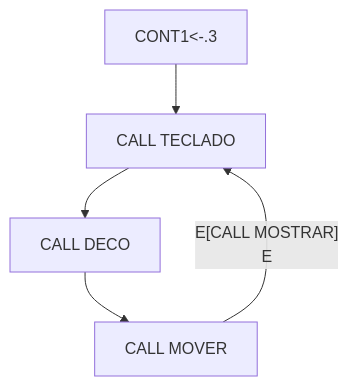
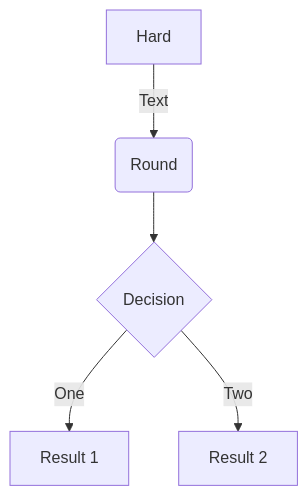
One commit to w3rqil/electronicaDigital_II changed the diagram in README.md. Above: the diagram before and after it, drawn with Mermaid.

````diff
--- a/README.md
+++ b/README.md
@@ -6,9 +6,8 @@
  ```mermaid
 flowchart TD
 
-A[CONT1<-.3]-->B[CALL TECLADO]
-B-->C[CALL DECO]
-C-->D[CALL MOVER]
-D--E[CALL MOSTRAR]
-E-->B
+A[Hard] -->|Text| B(Round)
+    B --> C{Decision}
+    C -->|One| D[Result 1]
+    C -->|Two| E[Result 2]
  ```
````
